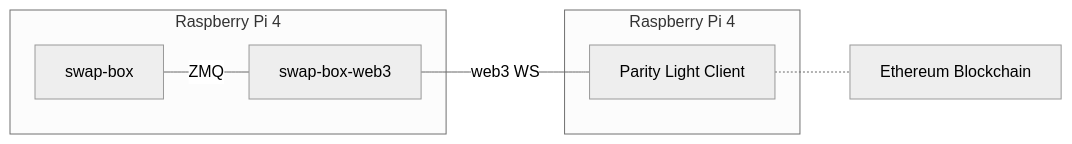
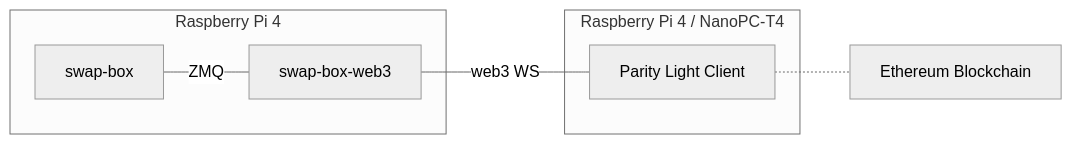
The third of 4 diagrams in doc.md (TrueLevelSA/swapbox-gui), drawn with Mermaid (neutral theme) before and after one commit. The commit also changed other lines of this file, not shown here.

````diff
--- a/doc.md
+++ b/doc.md
@@ -14,12 +41,12 @@
 ```mermaid
 graph LR;
     swap-box-web3 -- web3 WS ---parity
     subgraph Raspberry Pi 4
     swap-box -- ZMQ ---swap-box-web3
     end
-    subgraph Raspberry Pi 4
+    subgraph Raspberry Pi 4 / NanoPC-T4
     parity[Parity Light Client]
     end
     parity  -.- eth[Ethereum Blockchain]
 
 ```
````
